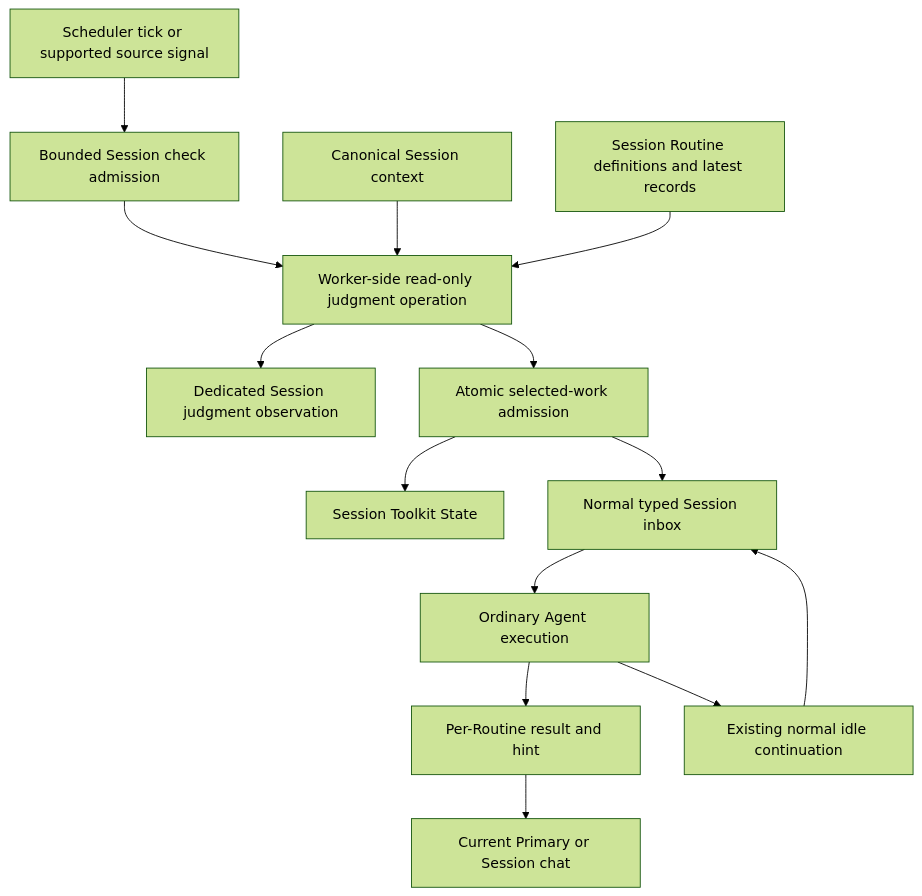
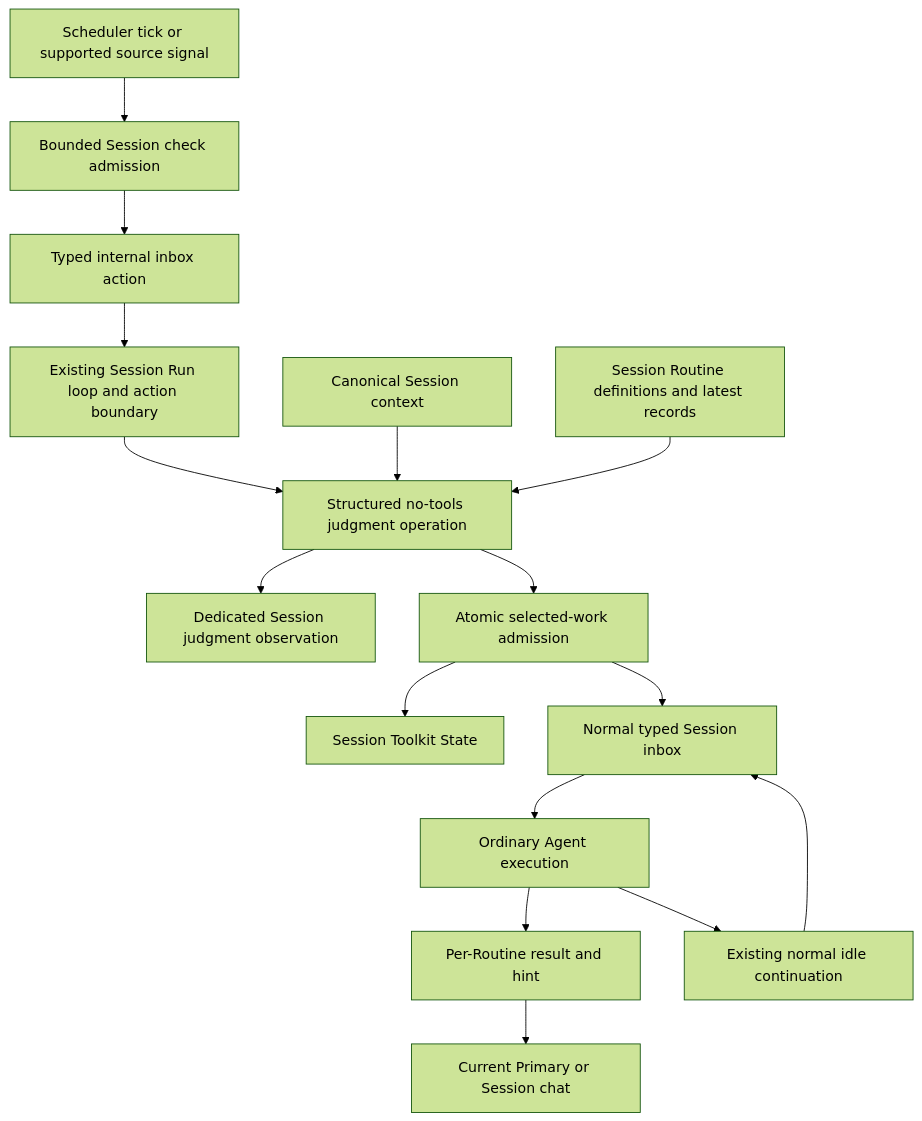
Before and after one commit to azents/azents: the diagram in docs/azents/design/routine-261018-session-routines.md, drawn with Mermaid (forest theme). The commit also changed other lines of this file and 131 other files, not shown here.

````diff
--- a/docs/azents/design/routine-261018-session-routines.md
+++ b/docs/azents/design/routine-261018-session-routines.md
@@ -103,16 +106,18 @@
 ```mermaid
 flowchart TD
     Tick[Scheduler tick or supported source signal] --> Admit[Bounded Session check admission]
-    Admit --> Judgment[Worker-side read-only judgment operation]
+    Admit --> CheckAction[Typed internal inbox action]
+    CheckAction --> RunLoop[Existing Session Run loop and action boundary]
+    RunLoop --> Judgment[Structured no-tools judgment operation]
     History[Canonical Session context] --> Judgment
     Definitions[Session Routine definitions and latest records] --> Judgment
     Judgment --> Observation[Dedicated Session judgment observation]
     Judgment --> Selection[Atomic selected-work admission]
     Selection --> State[Session Toolkit State]
     Selection --> Inbox[Normal typed Session inbox]
     Inbox --> Run[Ordinary Agent execution]
     Run --> Record[Per-Routine result and hint]
     Record --> Primary[Current Primary or Session chat]
     Run --> Idle[Existing normal idle continuation]
     Idle --> Inbox
 ```
````
